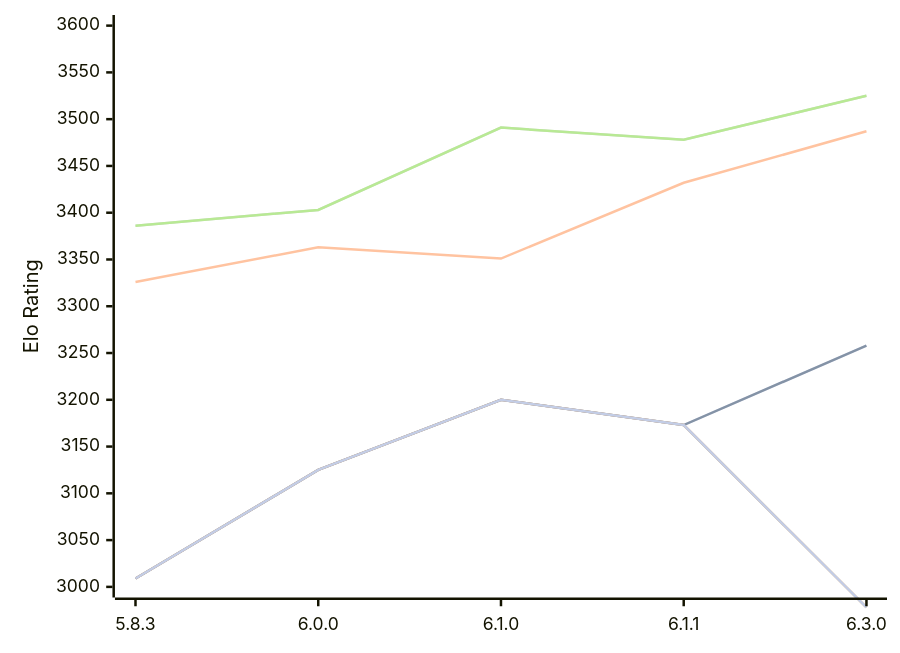
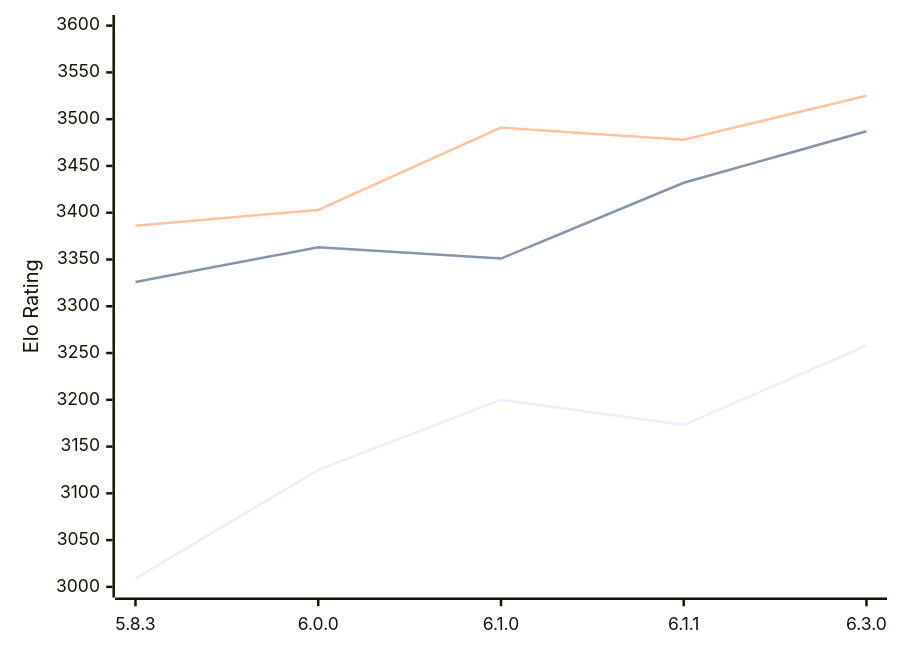
One commit to computer-chess-index/cci changed the diagram in engines/Zigqueen.md. Above: the diagram before and after it, drawn with Mermaid. The commit also changed other lines of this file, not shown here.

````diff
--- a/engines/Zigqueen.md
+++ b/engines/Zigqueen.md
@@ -51,13 +51,9 @@
 ```mermaid
 %%{init: {"theme":"base","themeVariables":{"seriesColors:['#a3a3a3','#222221','#faa371']}}}%%
 xychart-beta
   x-axis ["5.8.3", "6.0.0", "6.1.0", "6.1.1", "6.3.0"]
   y-axis "Elo Rating" 3000 --> 3600
-  line "" [3009, 3125, 3200, 3173, 3258]
   line "T1: STC (8.0+0.08s)" [3009, 3125, 3200, 3173, 3258]
   line "T1: LTC (60.0+0.60s)" [3326, 3363, 3351, 3432, 3487]
-  line "" [3386, 3403, 3491, 3478, 3525]
   line "T1: VLTC (2m24s+1.12s)" [3386, 3403, 3491, 3478, 3525]
-  line "" [3009, 3125, 3200, 3173,2978]
-  line "E1: STC (8.0+0.08s)" [3009, 3125, 3200, 3173,2978]
 ```
````
